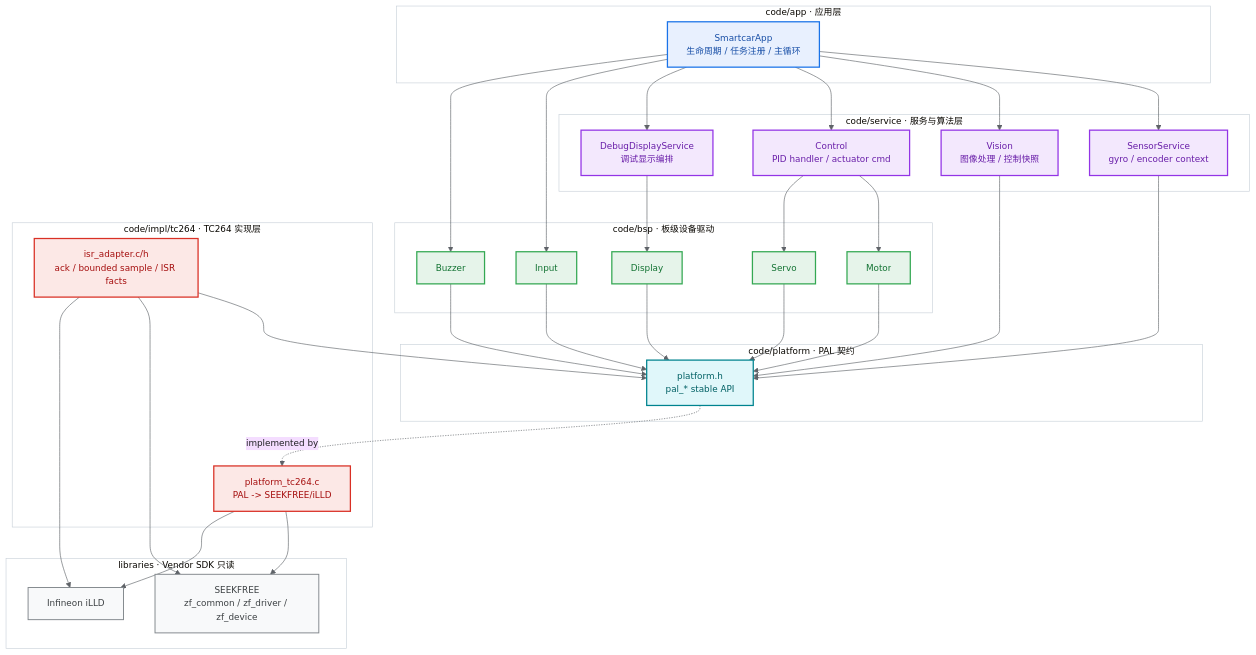
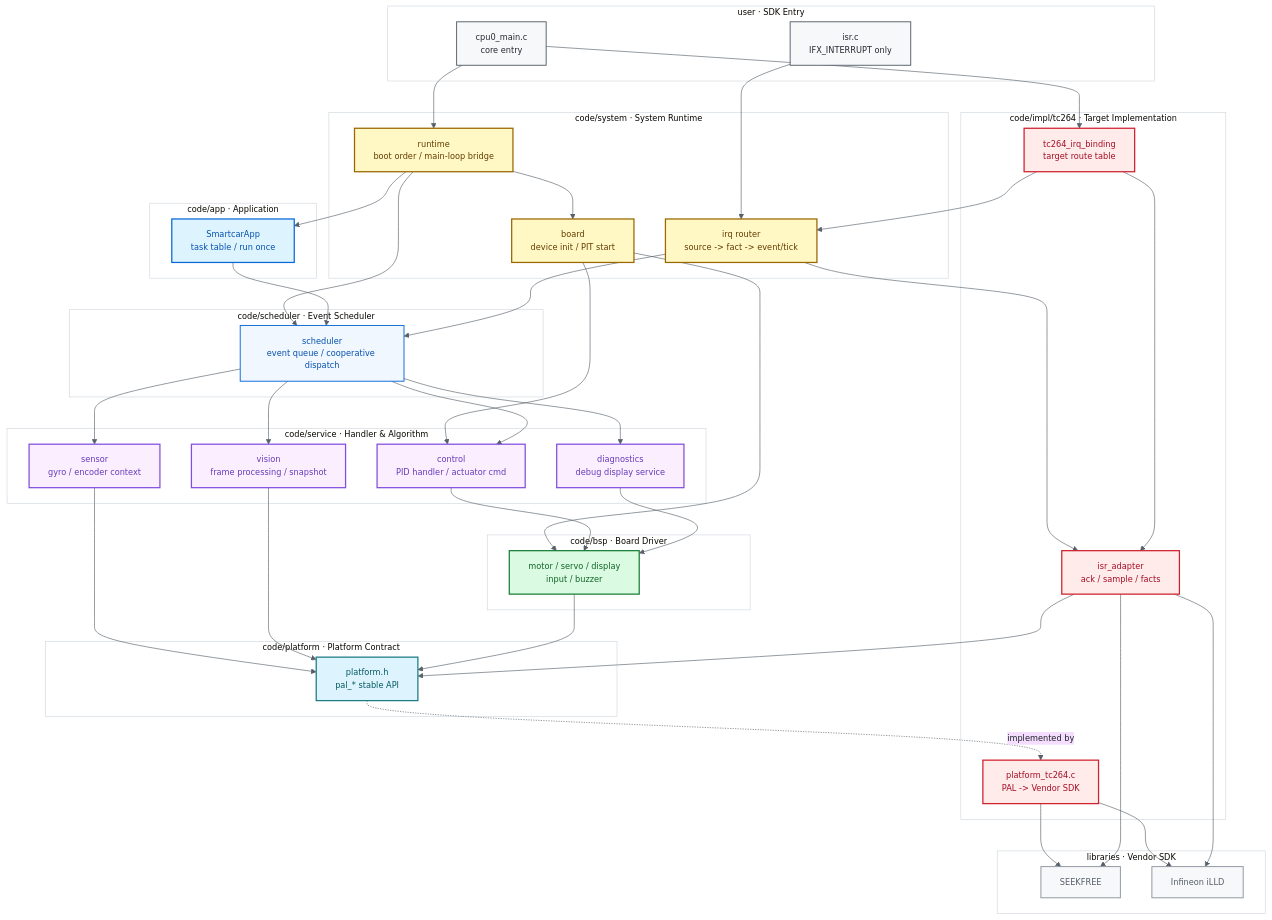
The first of 2 diagrams in README.md (ParacosmYy/GS_Smart_car), drawn with Mermaid before and after one commit. The commit also changed other lines of this file and 24 other files, not shown here.

````diff
--- a/README.md
+++ b/README.md
@@ -23,68 +23,87 @@
 ```mermaid
-%%{init: {'theme':'base','themeVariables':{'fontFamily':'Segoe UI,Arial,sans-serif','fontSize':'14px','primaryTextColor':'#202124','lineColor':'#5f6368','clusterBkg':'#ffffff','clusterBorder':'#c9d1d9'}}}%%
+%%{init: {'theme':'base','themeVariables':{'fontFamily':'Segoe UI,Arial,sans-serif','fontSize':'13px','primaryTextColor':'#1f2328','lineColor':'#57606a','clusterBkg':'#ffffff','clusterBorder':'#d0d7de'}}}%%
 flowchart TB
-    classDef entry fill:#f1f3f4,stroke:#5f6368,stroke-width:1.5px,color:#202124
-    classDef app fill:#e8f0fe,stroke:#1a73e8,stroke-width:2px,color:#174ea6
-    classDef service fill:#f3e8fd,stroke:#9334e6,stroke-width:2px,color:#681da8
-    classDef system fill:#fef7e0,stroke:#f9ab00,stroke-width:2px,color:#7a4b00
-    classDef bsp fill:#e6f4ea,stroke:#34a853,stroke-width:2px,color:#137333
-    classDef platform fill:#e0f7fa,stroke:#00838f,stroke-width:2px,color:#006064
-    classDef impl fill:#fce8e6,stroke:#d93025,stroke-width:2px,color:#a50e0e
-    classDef vendor fill:#f8f9fa,stroke:#80868b,stroke-width:1.5px,color:#3c4043
+    classDef sdk fill:#f6f8fa,stroke:#57606a,stroke-width:1.5px,color:#24292f
+    classDef system fill:#fff8c5,stroke:#9a6700,stroke-width:2px,color:#633c01
+    classDef app fill:#ddf4ff,stroke:#0969da,stroke-width:2px,color:#0550ae
+    classDef sched fill:#f0f7ff,stroke:#0969da,stroke-width:1.5px,color:#0550ae
+    classDef service fill:#fbefff,stroke:#8250df,stroke-width:2px,color:#6639ba
+    classDef bsp fill:#dafbe1,stroke:#1a7f37,stroke-width:2px,color:#116329
+    classDef platform fill:#ddf4ff,stroke:#1b7c83,stroke-width:2px,color:#05595f
+    classDef impl fill:#ffebe9,stroke:#cf222e,stroke-width:2px,color:#a40e26
+    classDef vendor fill:#f6f8fa,stroke:#8c959f,stroke-width:1.5px,color:#57606a
 
-    subgraph APP["code/app · 应用层"]
-        APP_MAIN["SmartcarApp<br/>生命周期 / 任务注册 / 主循环"]:::app
+    subgraph SDK["user · SDK Entry"]
+        CPU0["cpu0_main.c<br/>core entry"]:::sdk
+        ISR["isr.c<br/>IFX_INTERRUPT only"]:::sdk
     end
 
-    subgraph SERVICE["code/service · 服务与算法层"]
-        SENSOR["SensorService<br/>gyro / encoder context"]:::service
-        VISION["Vision<br/>图像处理 / 控制快照"]:::service
-        CONTROL["Control<br/>PID handler / actuator cmd"]:::service
-        DEBUG["DebugDisplayService<br/>调试显示编排"]:::service
+    subgraph SYSTEM["code/system · System Runtime"]
+        RUNTIME["runtime<br/>boot order / main-loop bridge"]:::system
+        BOARD["board<br/>device init / PIT start"]:::system
+        IRQ["irq router<br/>source -> fact -> event/tick"]:::system
     end
 
-    subgraph BSP["code/bsp · 板级设备驱动"]
-        MOTOR["Motor"]:::bsp
-        SERVO["Servo"]:::bsp
-        DISPLAY["Display"]:::bsp
-        INPUT["Input"]:::bsp
-        BUZZER["Buzzer"]:::bsp
+    subgraph APP["code/app · Application"]
+        APP_MAIN["SmartcarApp<br/>task table / run once"]:::app
     end
 
-    subgraph PLATFORM["code/platform · PAL 契约"]
+    subgraph SCHEDULER["code/scheduler · Event Scheduler"]
+        SCHED["scheduler<br/>event queue / cooperative dispatch"]:::sched
+    end
+
+    subgraph SERVICE["code/service · Handler & Algorithm"]
+        SENSOR["sensor<br/>gyro / encoder context"]:::service
+        VISION["vision<br/>frame processing / snapshot"]:::service
+        CONTROL["control<br/>PID handler / actuator cmd"]:::service
+        DEBUG["diagnostics<br/>debug display service"]:::service
+    end
+
+    subgraph BSP["code/bsp · Board Driver"]
+        DRIVERS["motor / servo / display<br/>input / buzzer"]:::bsp
+    end
+
+    subgraph PLATFORM["code/platform · Platform Contract"]
         PAL["platform.h<br/>pal_* stable API"]:::platform
     end
 
-    subgraph IMPL["code/impl/tc264 · TC264 实现层"]
-        PAL_IMPL["platform_tc264.c<br/>PAL -> SEEKFREE/iLLD"]:::impl
-        ISR_ADAPTER["isr_adapter.c/h<br/>ack / bounded sample / ISR facts"]:::impl
+    subgraph IMPL["code/impl/tc264 · Target Implementation"]
+        BINDING["tc264_irq_binding<br/>target route table"]:::impl
+        ADAPTER["isr_adapter<br/>ack / sample / facts"]:::impl
+        PAL_IMPL["platform_tc264.c<br/>PAL -> Vendor SDK"]:::impl
     end
 
-    subgraph VENDOR["libraries · Vendor SDK 只读"]
-        SEEKFREE["SEEKFREE<br/>zf_common / zf_driver / zf_device"]:::vendor
+    subgraph VENDOR["libraries · Vendor SDK"]
+        SEEKFREE["SEEKFREE"]:::vendor
         ILLD["Infineon iLLD"]:::vendor
     end
 
-    APP_MAIN --> SENSOR
-    APP_MAIN --> VISION
-    APP_MAIN --> CONTROL
-    APP_MAIN --> DEBUG
-    CONTROL --> MOTOR
-    CONTROL --> SERVO
-    DEBUG --> DISPLAY
-    APP_MAIN --> INPUT
-    APP_MAIN --> BUZZER
-    MOTOR --> PAL
-    SERVO --> PAL
-    DISPLAY --> PAL
-    INPUT --> PAL
-    BUZZER --> PAL
+    CPU0 --> RUNTIME
+    CPU0 --> BINDING
+    ISR --> IRQ
+    RUNTIME --> BOARD
+    RUNTIME --> APP_MAIN
+    RUNTIME --> SCHED
+    BOARD --> DRIVERS
+    BOARD --> CONTROL
+    APP_MAIN --> SCHED
+    SCHED --> SENSOR
+    SCHED --> VISION
+    SCHED --> CONTROL
+    SCHED --> DEBUG
+    CONTROL --> DRIVERS
+    DEBUG --> DRIVERS
     SENSOR --> PAL
     VISION --> PAL
+    DRIVERS --> PAL
+    IRQ --> ADAPTER
+    IRQ --> SCHED
+    BINDING --> IRQ
+    BINDING --> ADAPTER
+    ADAPTER --> PAL
     PAL -. implemented by .-> PAL_IMPL
-    ISR_ADAPTER --> PAL
     PAL_IMPL --> SEEKFREE
     PAL_IMPL --> ILLD
-    ISR_ADAPTER --> SEEKFREE
-    ISR_ADAPTER --> ILLD
+    ADAPTER --> SEEKFREE
+    ADAPTER --> ILLD
 ```
````
